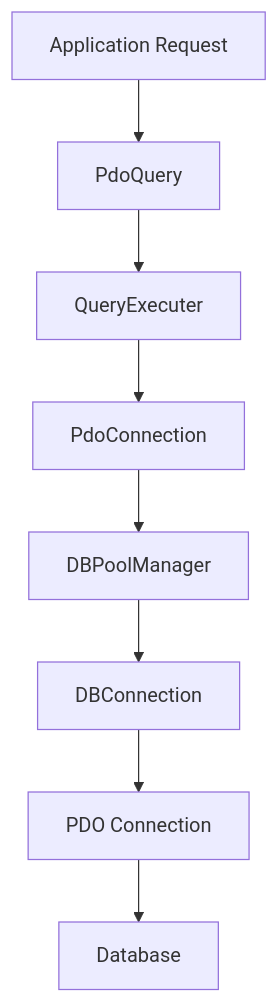
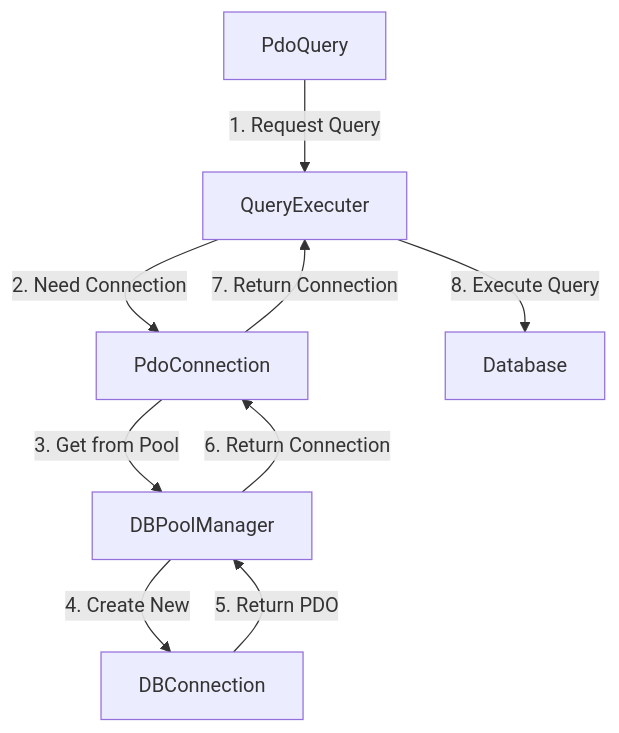
Before and after one commit to secure73/gemvc: the first of 3 diagrams in docs/core/database-architecture.md, drawn with Mermaid. The commit also changed other lines of this file, not shown here.

````diff
--- a/docs/core/database-architecture.md
+++ b/docs/core/database-architecture.md
@@ -134,10 +139,11 @@
 ```mermaid
 graph TD
-    A[Application Request] --> B[PdoQuery]
-    B --> C[QueryExecuter]
-    C --> D[PdoConnection]
-    D --> E[DBPoolManager]
-    E --> F[DBConnection]
-    F --> G[PDO Connection]
-    G --> H[Database]
+    A[PdoQuery] -->|1. Request Query| B[QueryExecuter]
+    B -->|2. Need Connection| C[PdoConnection]
+    C -->|3. Get from Pool| D[DBPoolManager]
+    D -->|4. Create New| E[DBConnection]
+    E -->|5. Return PDO| D
+    D -->|6. Return Connection| C
+    C -->|7. Return Connection| B
+    B -->|8. Execute Query| F[Database]
 ```
````
